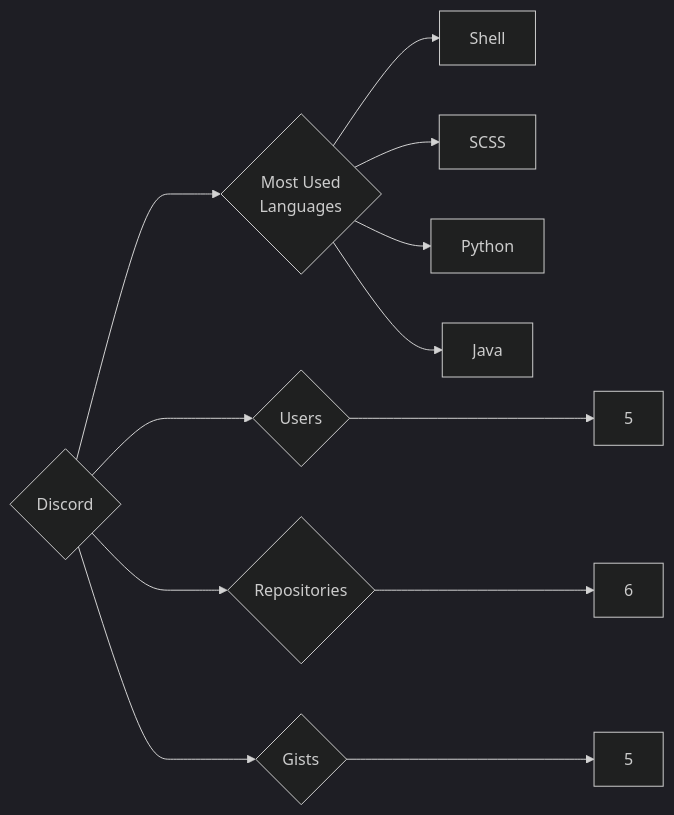
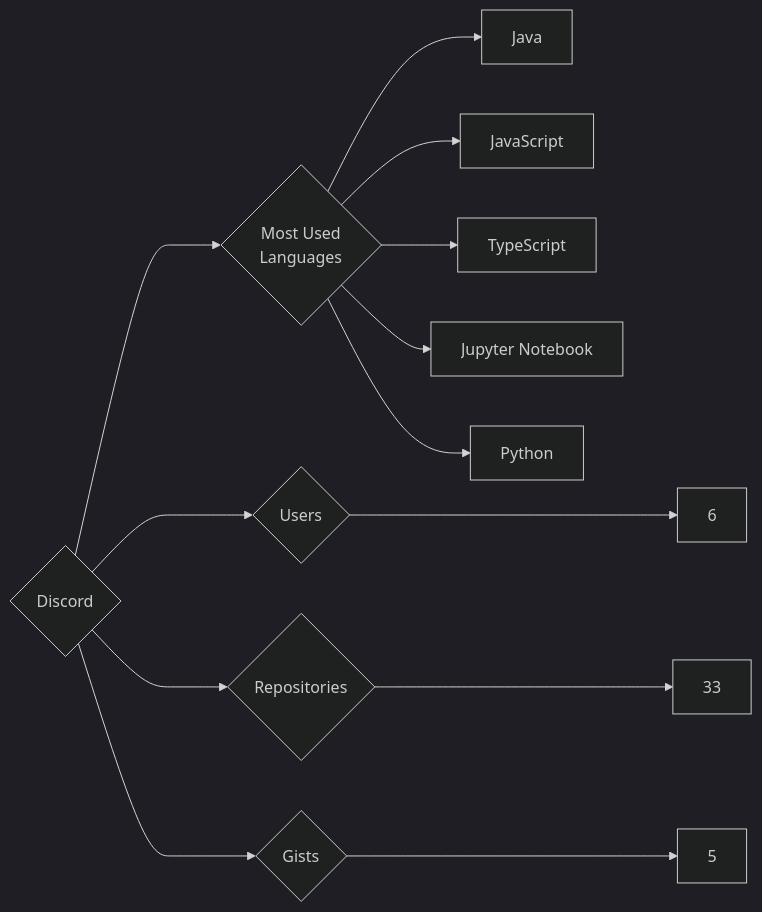
The diagram in targets/Discord/README.md (trickest/insiders), drawn with Mermaid (dark theme) before and after one commit. The commit also changed 1092 other files, not shown here.

````diff
--- a/targets/Discord/README.md
+++ b/targets/Discord/README.md
@@ -3,12 +3,13 @@
 ```mermaid
 graph LR
 COMPANY_NAME{Discord}
-COMPANY_NAME ---> U{Users} ---> UN[5]
-COMPANY_NAME ---> R{Repositories} ---> RN[6]
+COMPANY_NAME ---> U{Users} ---> UN[6]
+COMPANY_NAME ---> R{Repositories} ---> RN[33]
 COMPANY_NAME ---> G{Gists} ---> GN[5]
 COMPANY_NAME ---> ML{Most Used<br>Languages}
-ML --> Shell[Shell]
-ML --> SCSS[SCSS]
+ML --> Java[Java]
+ML --> JavaScript[JavaScript]
+ML --> TypeScript[TypeScript]
+ML --> Jupyter_Notebook[Jupyter Notebook]
 ML --> Python[Python]
-ML --> Java[Java]
 ```
````
